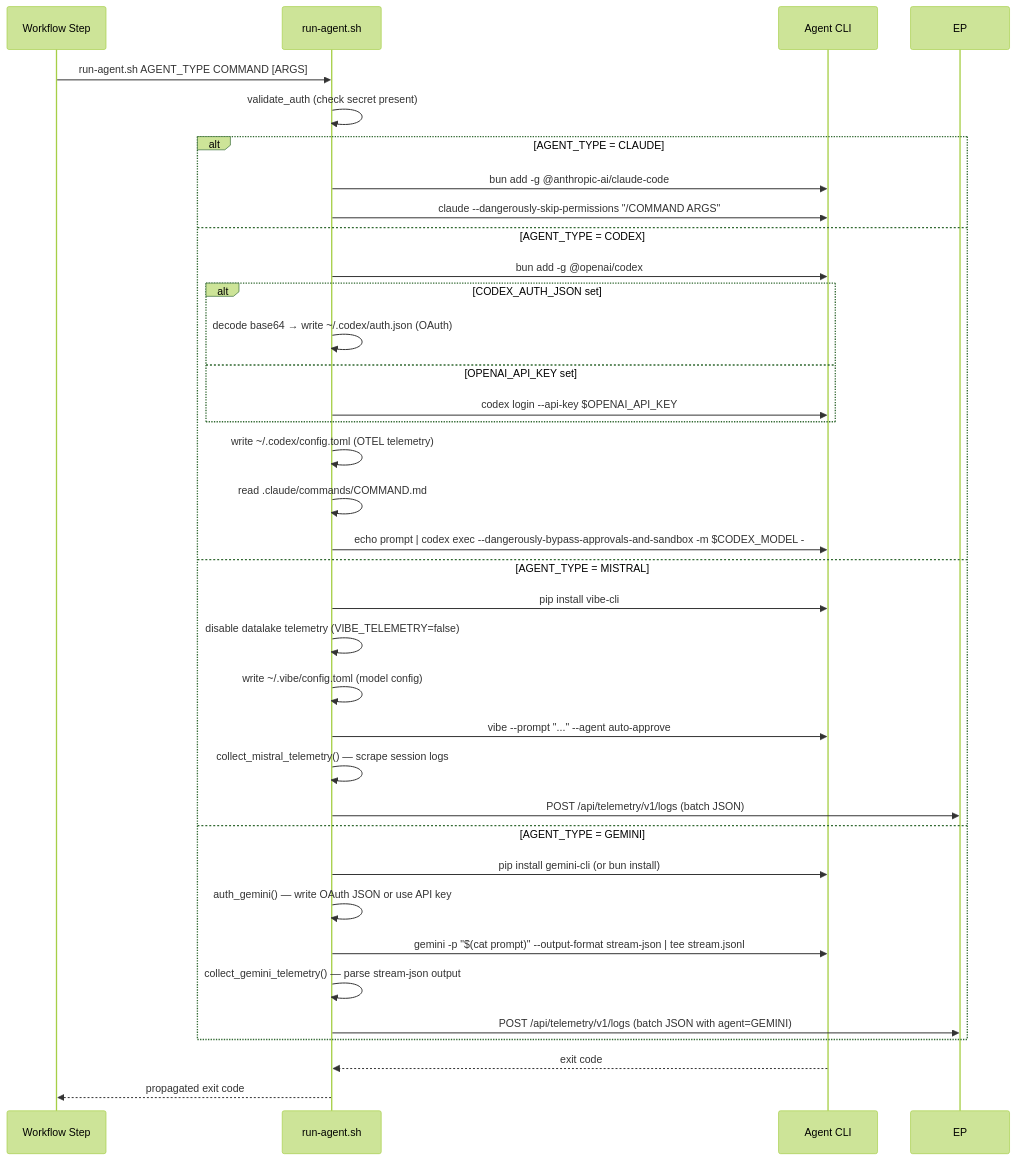
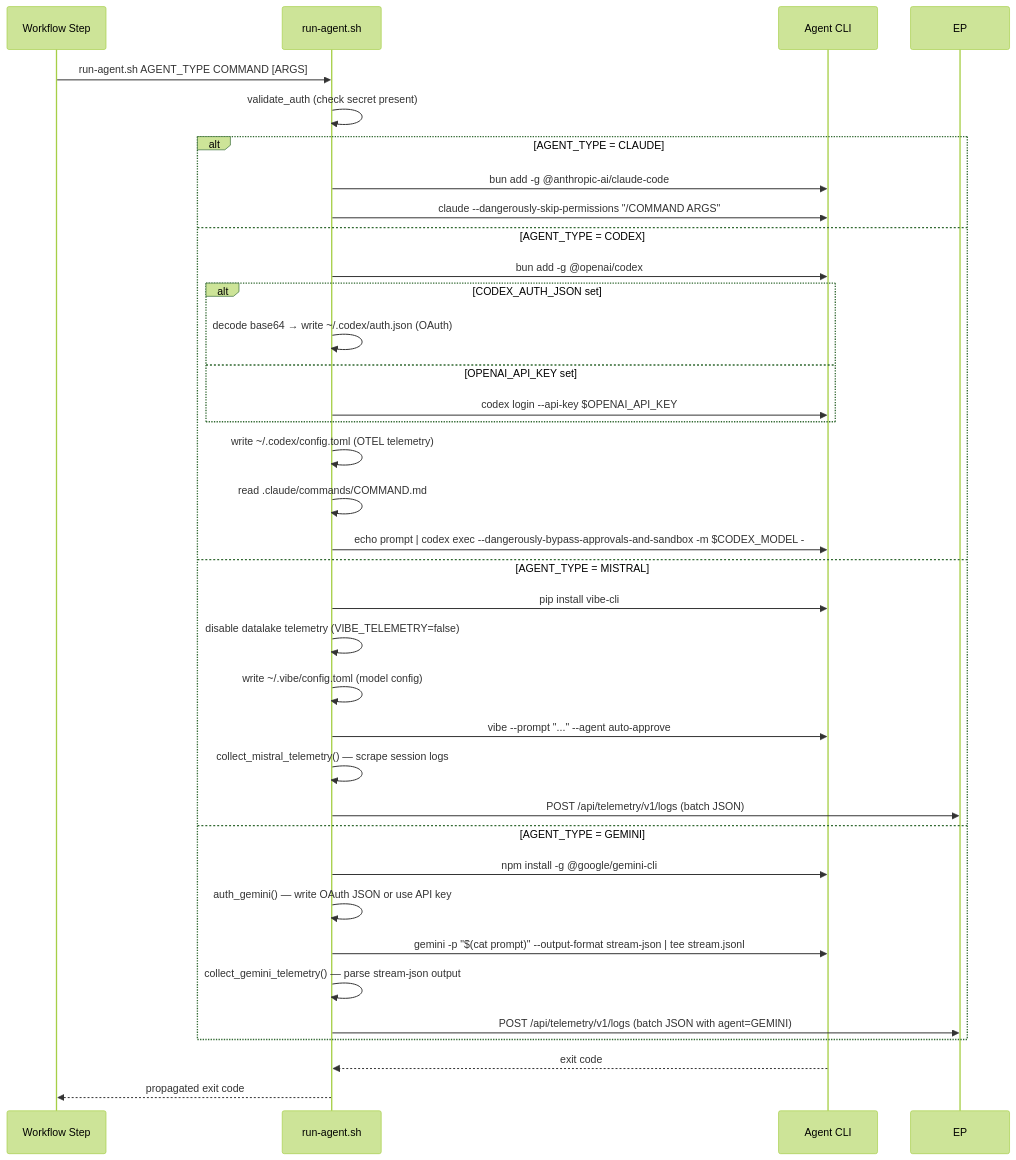
Before and after one commit to bfernandez31/ai-board: the second of 5 diagrams in specs/specifications/technical/implementation/integrations.md, drawn with Mermaid (forest theme). The commit also changed other lines of this file and 4 other files, not shown here.

````diff
--- a/specs/specifications/technical/implementation/integrations.md
+++ b/specs/specifications/technical/implementation/integrations.md
@@ -493,38 +493,38 @@
 ```mermaid
 sequenceDiagram
     participant WF as Workflow Step
     participant RS as run-agent.sh
     participant CLI as Agent CLI
 
     WF->>RS: run-agent.sh AGENT_TYPE COMMAND [ARGS]
     RS->>RS: validate_auth (check secret present)
     alt AGENT_TYPE = CLAUDE
         RS->>CLI: bun add -g @anthropic-ai/claude-code
         RS->>CLI: claude --dangerously-skip-permissions "/COMMAND ARGS"
     else AGENT_TYPE = CODEX
         RS->>CLI: bun add -g @openai/codex
         alt CODEX_AUTH_JSON set
             RS->>RS: decode base64 → write ~/.codex/auth.json (OAuth)
         else OPENAI_API_KEY set
             RS->>CLI: codex login --api-key $OPENAI_API_KEY
         end
         RS->>RS: write ~/.codex/config.toml (OTEL telemetry)
         RS->>RS: read .claude/commands/COMMAND.md
         RS->>CLI: echo prompt | codex exec --dangerously-bypass-approvals-and-sandbox -m $CODEX_MODEL -
     else AGENT_TYPE = MISTRAL
         RS->>CLI: pip install vibe-cli
         RS->>RS: disable datalake telemetry (VIBE_TELEMETRY=false)
         RS->>RS: write ~/.vibe/config.toml (model config)
         RS->>CLI: vibe --prompt "..." --agent auto-approve
         RS->>RS: collect_mistral_telemetry() — scrape session logs
         RS->>EP: POST /api/telemetry/v1/logs (batch JSON)
     else AGENT_TYPE = GEMINI
-        RS->>CLI: pip install gemini-cli (or bun install)
+        RS->>CLI: npm install -g @google/gemini-cli
         RS->>RS: auth_gemini() — write OAuth JSON or use API key
         RS->>CLI: gemini -p "$(cat prompt)" --output-format stream-json | tee stream.jsonl
         RS->>RS: collect_gemini_telemetry() — parse stream-json output
         RS->>EP: POST /api/telemetry/v1/logs (batch JSON with agent=GEMINI)
     end
     CLI-->>RS: exit code
     RS-->>WF: propagated exit code
 ```
````
